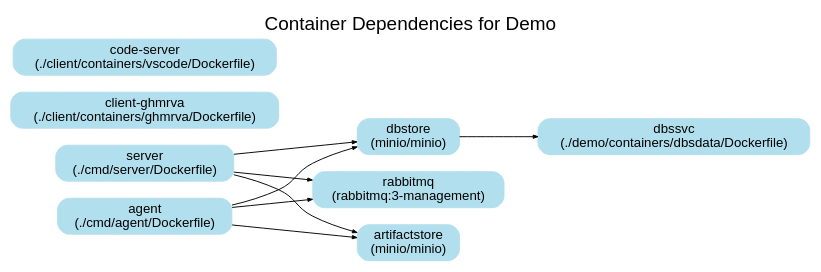
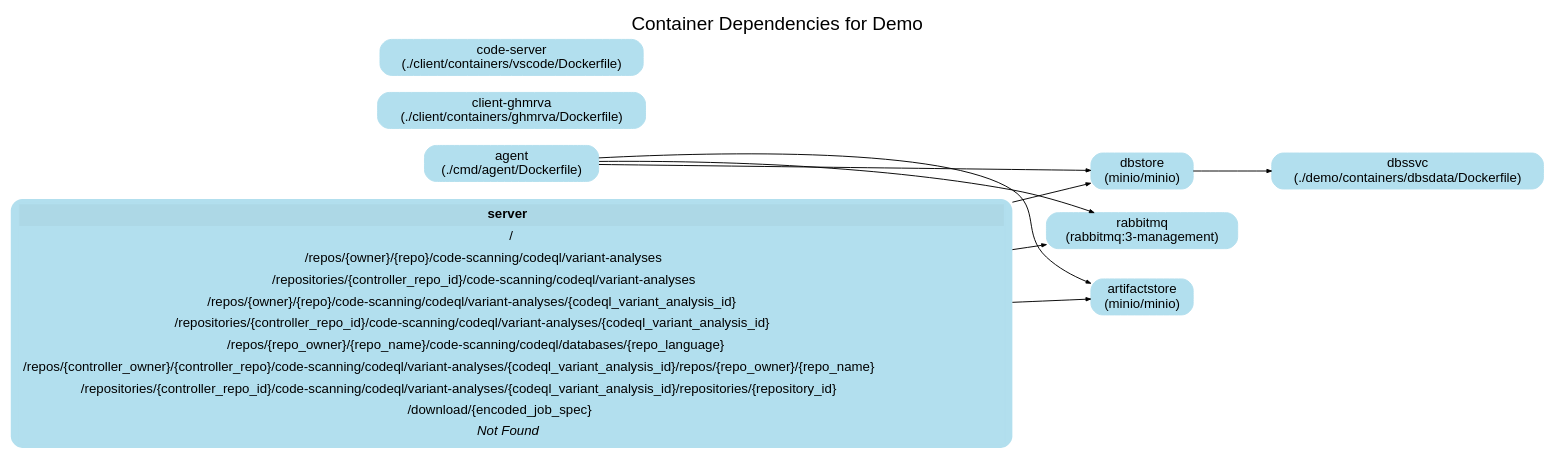
Before and after one commit to hohn/mrvacommander: the diagram in notes/system-structure.dot, drawn with Graphviz.

Commit message:
better diagram

```diff
--- a/notes/system-structure.dot
+++ b/notes/system-structure.dot
@@ -1,30 +1,49 @@
 digraph DockerComposeDemo {
     rankdir=LR; // Left-to-right layout
     node [shape=box style="rounded,filled" color=lightblue2 fontname="Helvetica"];
     edge [arrowsize=0.5];
     
     // Title
     label="Container Dependencies for Demo";
     labelloc=top;
     fontsize=20;
     fontname="Helvetica";
 
     // Define nodes with clickable URLs
     dbssvc [label="dbssvc\n(./demo/containers/dbsdata/Dockerfile)" URL="../demo/containers/dbsdata/Dockerfile" target="_blank"];
     dbstore [label="dbstore\n(minio/minio)"];
     client_ghmrva [label="client-ghmrva\n(./client/containers/ghmrva/Dockerfile)" URL="../client/containers/ghmrva/Dockerfile" target="_blank"];
     code_server [label="code-server\n(./client/containers/vscode/Dockerfile)" URL="../client/containers/vscode/Dockerfile" target="_blank"];
     rabbitmq [label="rabbitmq\n(rabbitmq:3-management)"];
-    server [label="server\n(./cmd/server/Dockerfile)" URL="../cmd/server/Dockerfile" target="_blank"];
     artifactstore [label="artifactstore\n(minio/minio)"];
     agent [label="agent\n(./cmd/agent/Dockerfile)" URL="../cmd/agent/Dockerfile" target="_blank"];
+
+    // Expanded 'server' node as an HTML-like table
+    server [
+        shape=plaintext
+        label=<
+            <table border="1" cellborder="0" cellspacing="0" cellpadding="4">
+                <tr><td colspan="1" bgcolor="lightblue"><b>server</b></td></tr>
+                <tr><td>/</td></tr>
+                <tr><td>/repos/{owner}/{repo}/code-scanning/codeql/variant-analyses</td></tr>
+                <tr><td>/repositories/{controller_repo_id}/code-scanning/codeql/variant-analyses</td></tr>
+                <tr><td>/repos/{owner}/{repo}/code-scanning/codeql/variant-analyses/{codeql_variant_analysis_id}</td></tr>
+                <tr><td>/repositories/{controller_repo_id}/code-scanning/codeql/variant-analyses/{codeql_variant_analysis_id}</td></tr>
+                <tr><td>/repos/{repo_owner}/{repo_name}/code-scanning/codeql/databases/{repo_language}</td></tr>
+                <tr><td>/repos/{controller_owner}/{controller_repo}/code-scanning/codeql/variant-analyses/{codeql_variant_analysis_id}/repos/{repo_owner}/{repo_name}</td></tr>
+                <tr><td>/repositories/{controller_repo_id}/code-scanning/codeql/variant-analyses/{codeql_variant_analysis_id}/repositories/{repository_id}</td></tr>
+                <tr><td>/download/{encoded_job_spec}</td></tr>
+                <tr><td><i>Not Found</i></td></tr>
+            </table>
+        >
+    ];
 
     // Define edges (dependencies)
     dbstore -> dbssvc;
     server -> dbstore;
     server -> rabbitmq;
     server -> artifactstore;
     agent -> dbstore;
     agent -> artifactstore;
     agent -> rabbitmq;
 }
```
